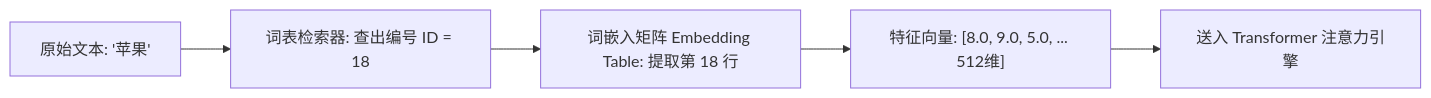
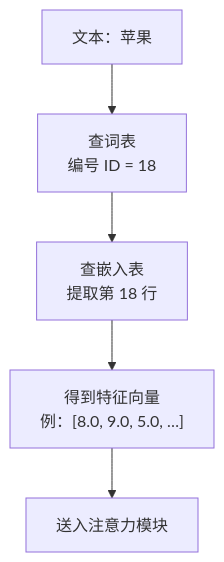
One commit to cluster1900/zero2llm changed the diagram in chapters/01_word_embedding.md. Above: the diagram before and after it, drawn with Mermaid. The commit also changed 74 other files, not shown here.

Commit message:
Fix EPUB flowcharts and refresh reading downloads [refresh-release]

````diff
--- a/chapters/01_word_embedding.md
+++ b/chapters/01_word_embedding.md
@@ -111,7 +111,9 @@
 ```mermaid
-flowchart LR
-    A["原始文本: '苹果'"] --> B["词表检索器: 查出编号 ID = 18"]
-    B --> C["词嵌入矩阵 Embedding Table: 提取第 18 行"]
-    C --> D["特征向量: [8.0, 9.0, 5.0, ... 512维]"]
-    D --> E["送入 Transformer 注意力引擎"]
+flowchart TD
+    accTitle: 一个词怎样变成向量
+    accDescr: 文本苹果先查到词表编号 18，再取嵌入表第 18 行，送入注意力模块。
+    A["文本：苹果"] --> B["查词表<br/>编号 ID = 18"]
+    B --> C["查嵌入表<br/>提取第 18 行"]
+    C --> D["得到特征向量<br/>例：[8.0, 9.0, 5.0, …]"]
+    D --> E["送入注意力模块"]
 ```
````
